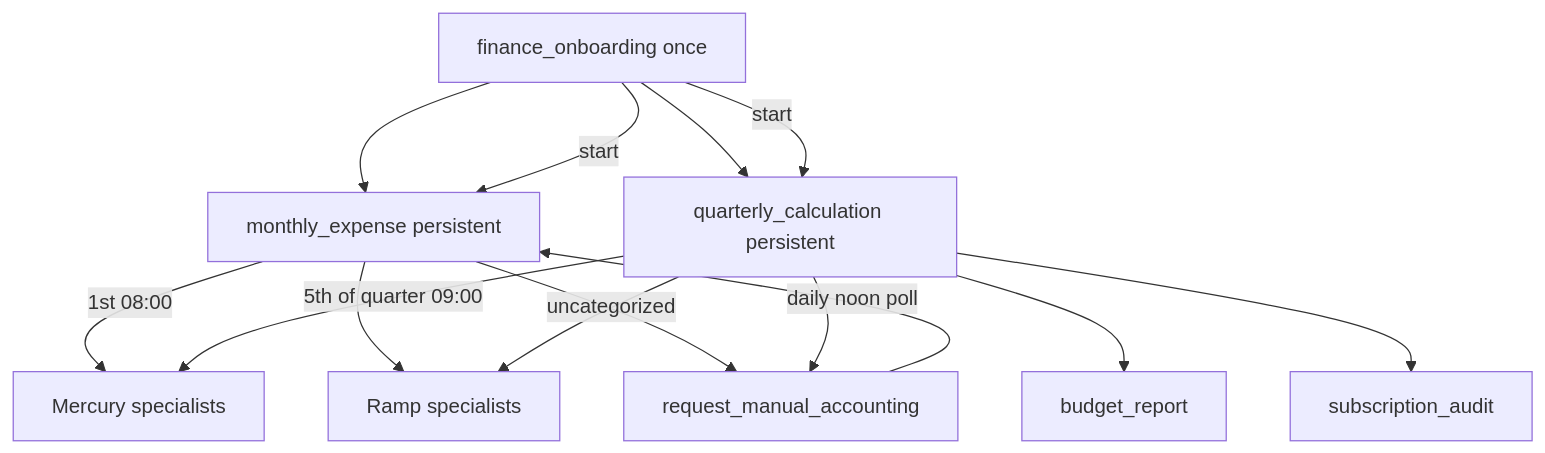
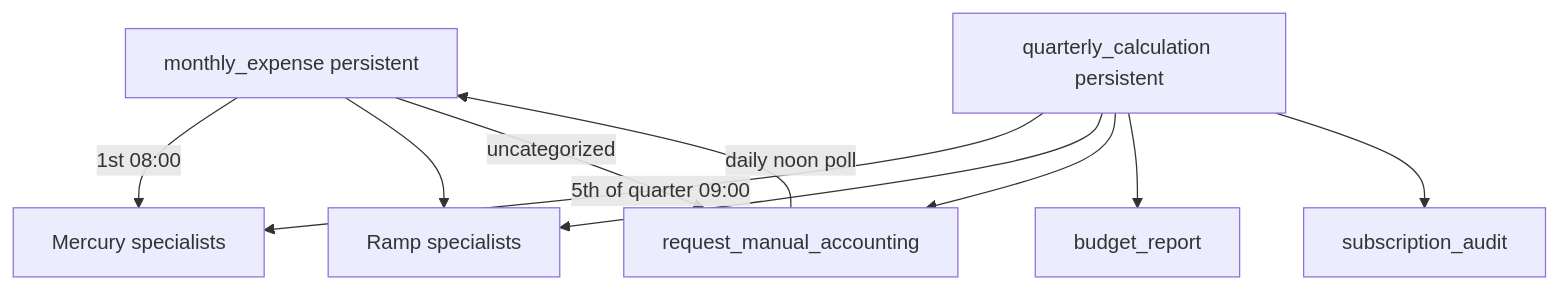
One commit to NickyHeC/4r7a changed the diagram in docs/agents/finance.md. Above: the diagram before and after it, drawn with Mermaid. The commit also changed other lines of this file and 97 other files, not shown here.

````diff
--- a/docs/agents/finance.md
+++ b/docs/agents/finance.md
@@ -16,14 +20,12 @@
 ```mermaid
 flowchart TD
   ME[monthly_expense persistent] -->|1st 08:00| MERC[Mercury specialists]
   ME --> RAMP[Ramp specialists]
   ME -->|uncategorized| RMA[request_manual_accounting]
   QC[quarterly_calculation persistent] -->|5th of quarter 09:00| MERC
   QC --> RAMP
   QC --> RMA
   QC --> BR[budget_report]
   QC --> SA[subscription_audit]
   RMA -->|daily noon poll| ME
-  FO[finance_onboarding once] --> ME & QC
-  FO -->|start| ME & QC
 ```
````
